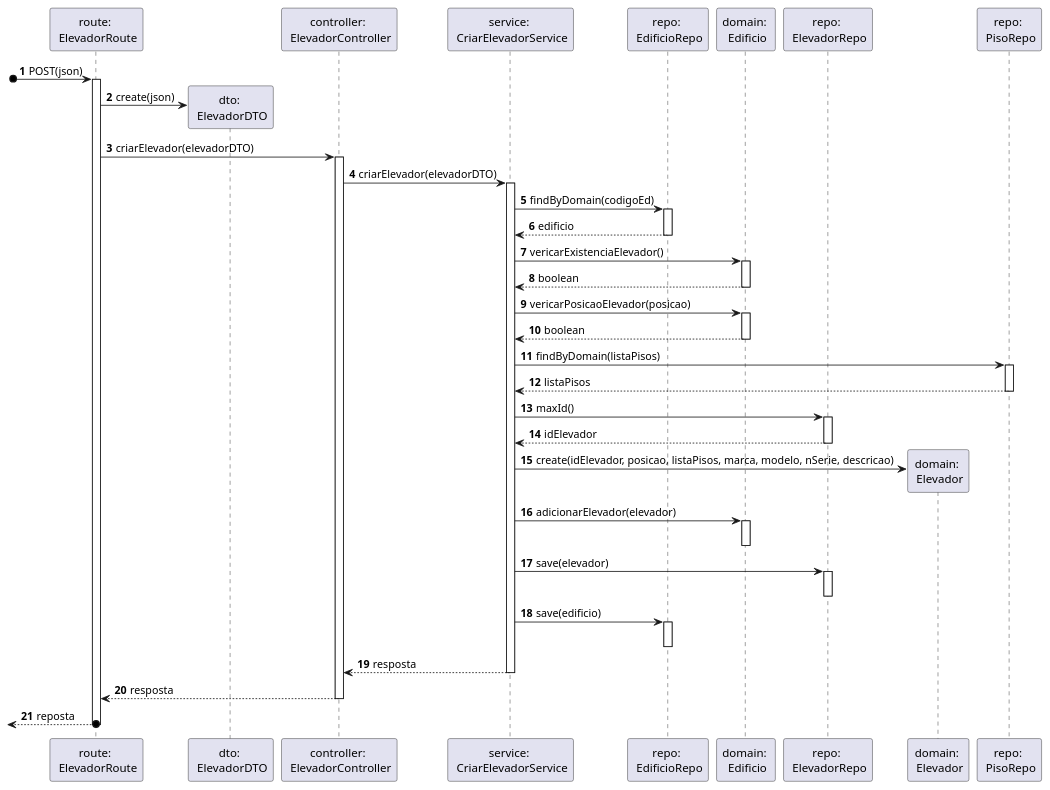
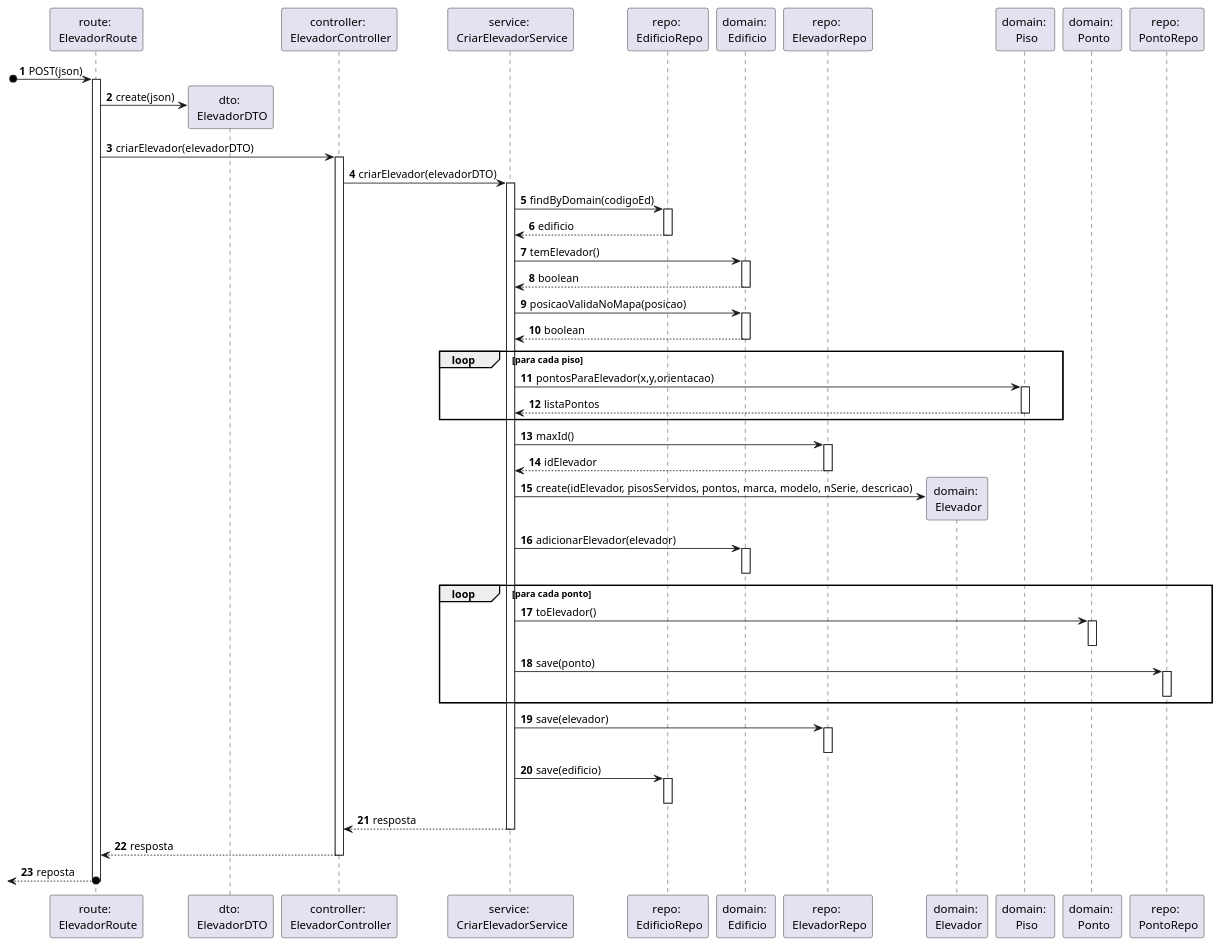
One commit to SEM5PI2324G58/sem5pi_g58_23_24 changed the diagram in docs/Sprint_A/US_270/N3/N3_VP.puml. Above: the diagram before and after it, drawn with PlantUML. The commit also changed 10 other files, not shown here.

```diff
--- a/docs/Sprint_A/US_270/N3/N3_VP.puml
+++ b/docs/Sprint_A/US_270/N3/N3_VP.puml
@@ -1,48 +1,60 @@
 autonumber
 
 participant "route: \n ElevadorRoute" as route
 participant "dto: \n ElevadorDTO" as dto
 participant "controller: \n ElevadorController" as ctrl
 participant "service: \n CriarElevadorService" as service
 participant "repo: \n EdificioRepo" as edRepo
 participant "domain: \n Edificio" as edificio
 participant "repo: \n ElevadorRepo" as eleRepo
 participant "domain: \n Elevador" as elevador
-participant "repo: \n PisoRepo" as pisoRepo
+participant "domain: \n Piso" as Piso
+participant "domain: \n Ponto" as ponto
+participant "repo: \n PontoRepo" as pRepo
 
 
 [o-> route: POST(json)
 activate route
 route -> dto ** : create(json)
 route -> ctrl: criarElevador(elevadorDTO)
 activate ctrl
 ctrl -> service: criarElevador(elevadorDTO) 
 activate service
 service -> edRepo: findByDomain(codigoEd)
 activate edRepo
 return edificio
-service -> edificio : vericarExistenciaElevador()
+service -> edificio : temElevador()
 activate edificio
 return boolean
-service -> edificio : vericarPosicaoElevador(posicao)
+service -> edificio : posicaoValidaNoMapa(posicao)
 activate edificio
 return boolean
-service -> pisoRepo : findByDomain(listaPisos)
-activate pisoRepo
-return listaPisos
+loop para cada piso
+service -> Piso : pontosParaElevador(x,y,orientacao)
+activate Piso
+return listaPontos
+end loop para cada piso
 service -> eleRepo: maxId()
 activate eleRepo
 return idElevador
-service -> elevador ** : create(idElevador, posicao, listaPisos, marca, modelo, nSerie, descricao)
+service -> elevador ** : create(idElevador, pisosServidos, pontos, marca, modelo, nSerie, descricao)
 service -> edificio: adicionarElevador(elevador)
 activate edificio
 deactivate edificio
+loop para cada ponto 
+service -> ponto: toElevador()
+activate ponto
+deactivate ponto
+service -> pRepo: save(ponto)
+activate pRepo
+deactivate pRepo
+end loop
 service -> eleRepo: save(elevador)
 activate eleRepo
 deactivate eleRepo
 service -> edRepo: save(edificio)
 activate edRepo
 deactivate edRepo
 return resposta
 return resposta
 return reposta
```
